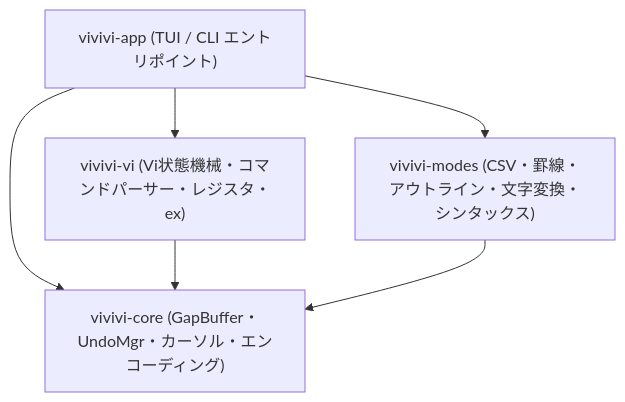
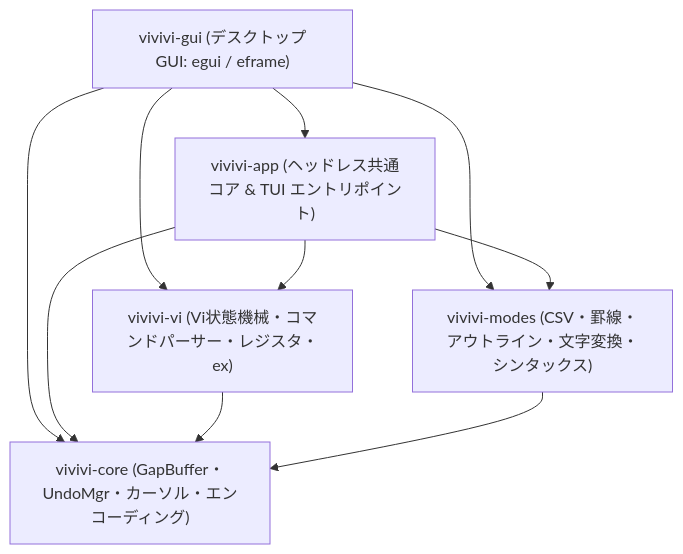
Before and after one commit to tkshnkgwr/vivivi: the diagram in README_JA.md, drawn with Mermaid. The commit also changed other lines of this file and 34 other files, not shown here.

First line of the commit message:
feat: デスクトップGUIフロントエンド(vivivi-gui)の全面実装と文字コード・改行早期自動判別 (v0.9.5-beta)

````diff
--- a/README_JA.md
+++ b/README_JA.md
@@ -100,13 +105,18 @@
 ```mermaid
 graph TD
-    App["vivivi-app (TUI / CLI エントリポイント)"]
+    Gui["vivivi-gui (デスクトップGUI: egui / eframe)"]
+    App["vivivi-app (ヘッドレス共通コア & TUI エントリポイント)"]
     Core["vivivi-core (GapBuffer・UndoMgr・カーソル・エンコーディング)"]
     Vi["vivivi-vi (Vi状態機械・コマンドパーサー・レジスタ・ex)"]
     Modes["vivivi-modes (CSV・罫線・アウトライン・文字変換・シンタックス)"]
 
+    Gui --> App
+    Gui --> Vi
+    Gui --> Modes
+    Gui --> Core
     App --> Vi
     App --> Modes
     App --> Core
     Vi --> Core
     Modes --> Core
 ```
````
